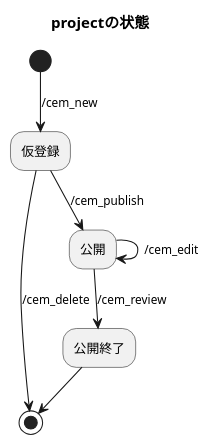
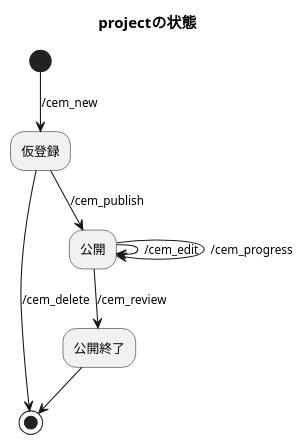
One commit to challenge-every-month/cem-app changed the diagram in modeling/projectStatemachine.puml. Above: the diagram before and after it, drawn with PlantUML. The commit also changed 1 other file, not shown here.

Commit message:
add: コメントとステートマシン図のモデリング

```diff
--- a/modeling/projectStatemachine.puml
+++ b/modeling/projectStatemachine.puml
@@ -1,9 +1,10 @@
 @startuml
 title projectの状態
 (*)  --> [/cem_new]"仮登録"
 "仮登録" --> [/cem_delete](*)
 "公開" --> [/cem_edit]"公開"
+"公開" --> [/cem_progress]"公開"
 "仮登録" --> [/cem_publish]"公開"
 "公開" --> [/cem_review]"公開終了"
 -->(*)
 @enduml
```
